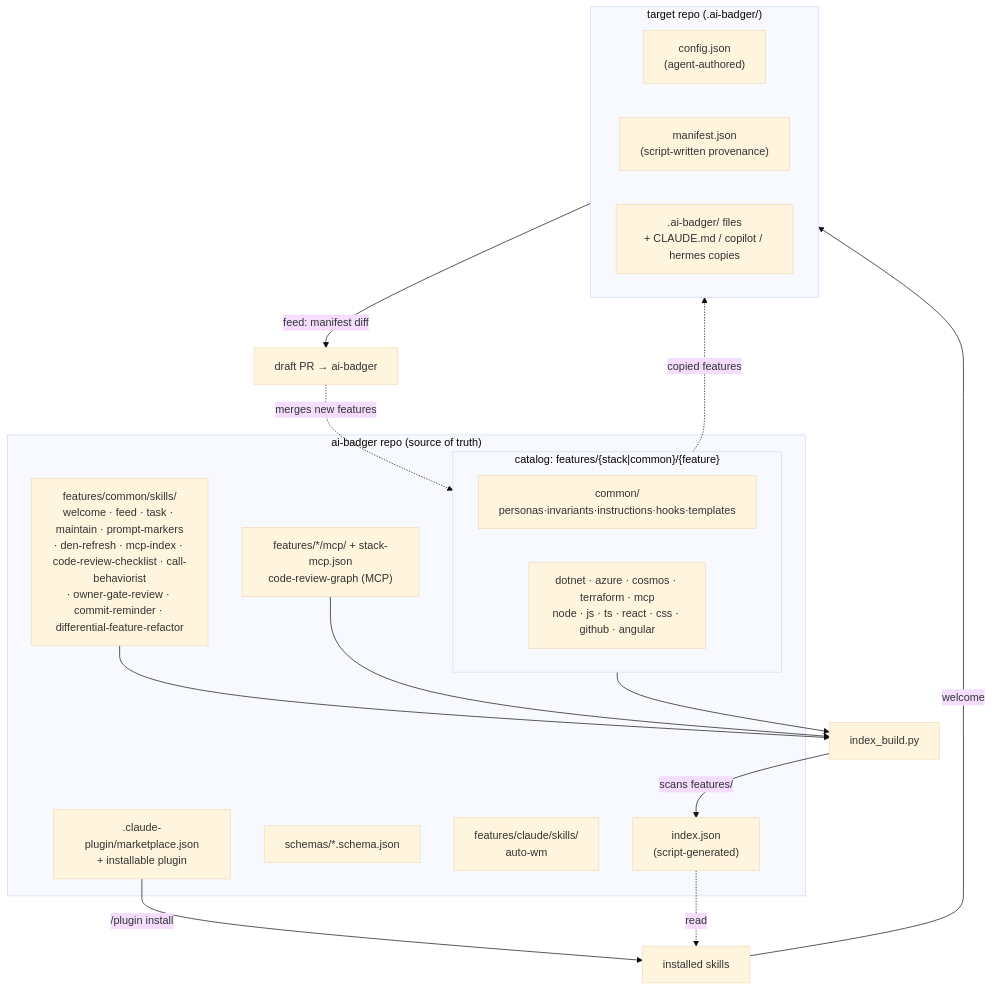
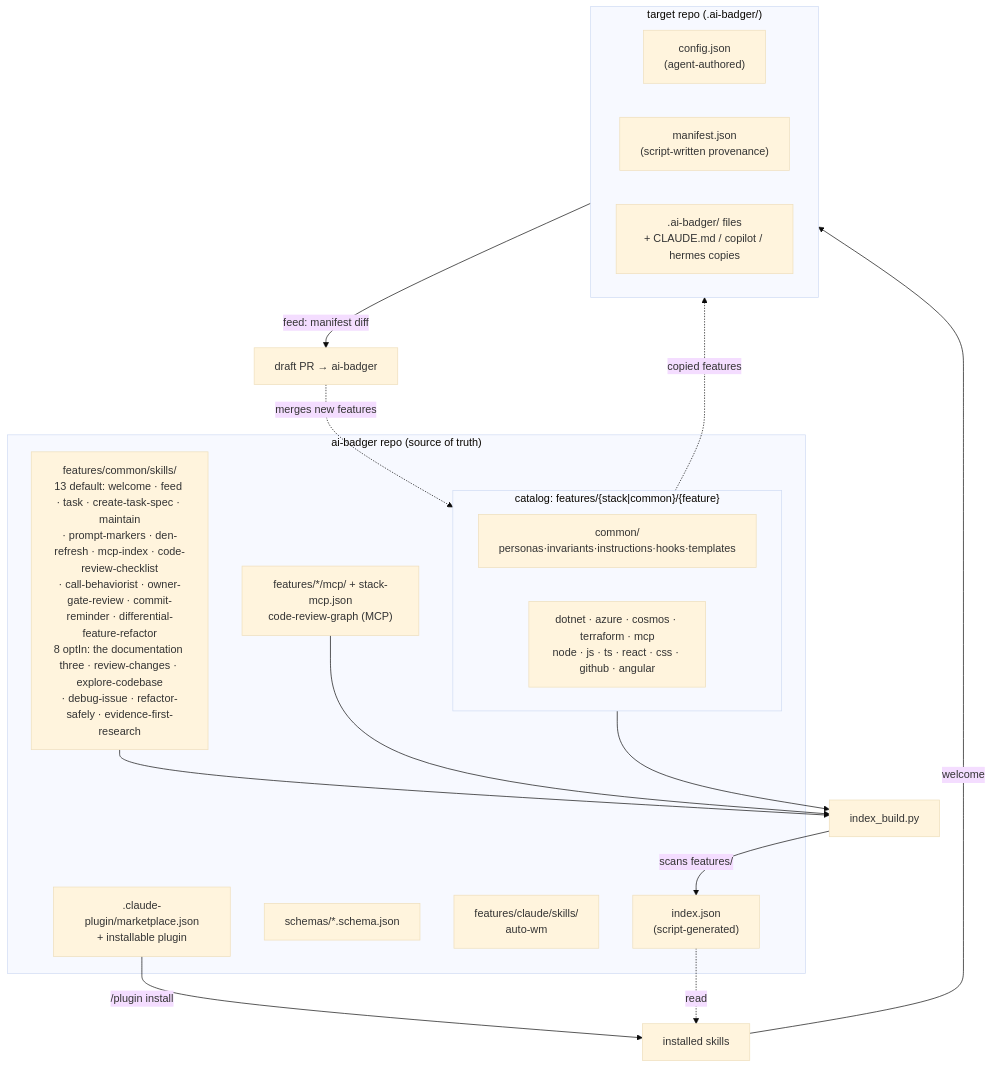
The diagram in README.md (Arasz/ai-badger), drawn with Mermaid (base theme) before and after one commit. The commit also changed other lines of this file and 2 other files, not shown here.

````diff
--- a/README.md
+++ b/README.md
@@ -257,30 +261,30 @@
 ```mermaid
 flowchart TB
   subgraph FW["ai-badger repo (source of truth)"]
     IDX["index.json\n(script-generated)"]
     SCH["schemas/*.schema.json"]
     subgraph CAT["catalog: features/{stack|common}/{feature}"]
       COMMON["common/\npersonas·invariants·instructions·hooks·templates"]
       STACKS["dotnet · azure · cosmos · terraform · mcp\nnode · js · ts · react · css · github · angular"]
     end
-    SKILLSDIR["features/common/skills/\nwelcome · feed · task · maintain · prompt-markers\n· den-refresh · mcp-index · code-review-checklist · call-behaviorist\n· owner-gate-review · commit-reminder · differential-feature-refactor"]
+    SKILLSDIR["features/common/skills/\n13 default: welcome · feed · task · create-task-spec · maintain\n· prompt-markers · den-refresh · mcp-index · code-review-checklist\n· call-behaviorist · owner-gate-review · commit-reminder · differential-feature-refactor\n8 optIn: the documentation three · review-changes · explore-codebase\n· debug-issue · refactor-safely · evidence-first-research"]
     CLAUDESKILLS["features/claude/skills/\nauto-wm"]
     MCPCAT["features/*/mcp/ + stack-mcp.json\ncode-review-graph (MCP)"]
     MKT[".claude-plugin/marketplace.json\n+ installable plugin"]
   end
   IDXbuild["index_build.py"] -->|scans features/| IDX
   CAT --> IDXbuild
   SKILLSDIR --> IDXbuild
   MCPCAT --> IDXbuild
   MKT -->|/plugin install| SKILLS["installed skills"]
   IDX -. read .-> SKILLS
   CAT -. copied features .-> PROJ
   subgraph PROJ["target repo (.ai-badger/)"]
     CFG["config.json\n(agent-authored)"]
     MAN["manifest.json\n(script-written provenance)"]
     OUT[".ai-badger/ files\n+ CLAUDE.md / copilot / hermes copies"]
   end
   SKILLS -->|welcome| PROJ
   PROJ -->|feed: manifest diff| PRD["draft PR → ai-badger"]
   PRD -. merges new features .-> CAT
 ```
````
